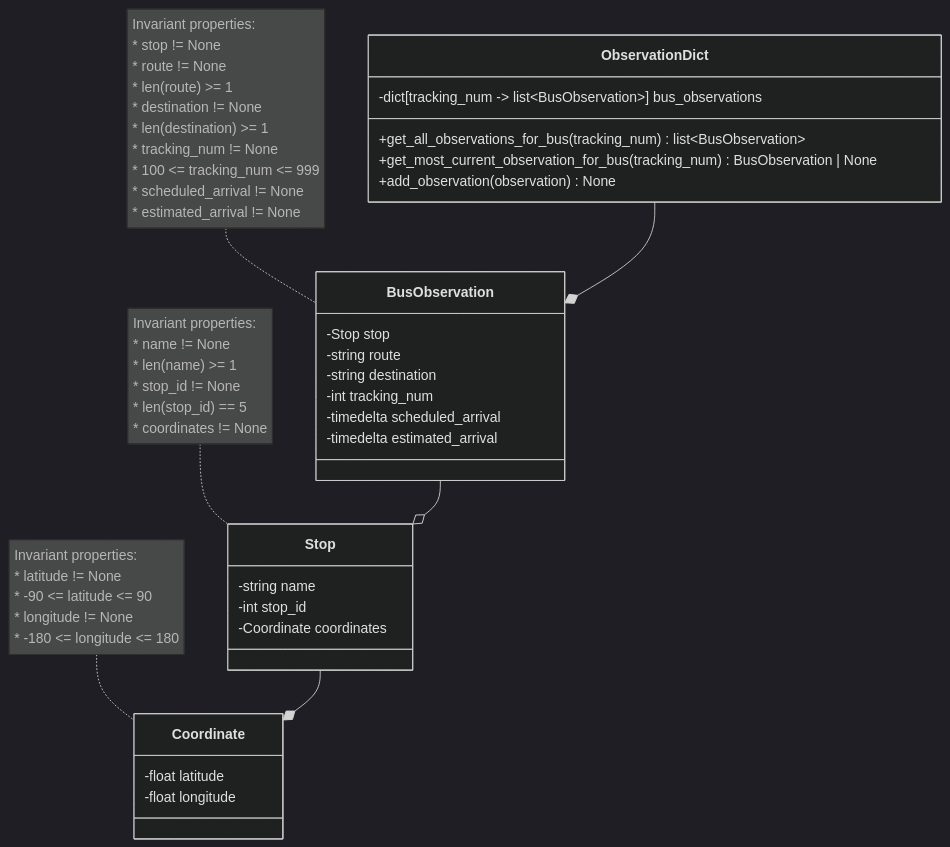
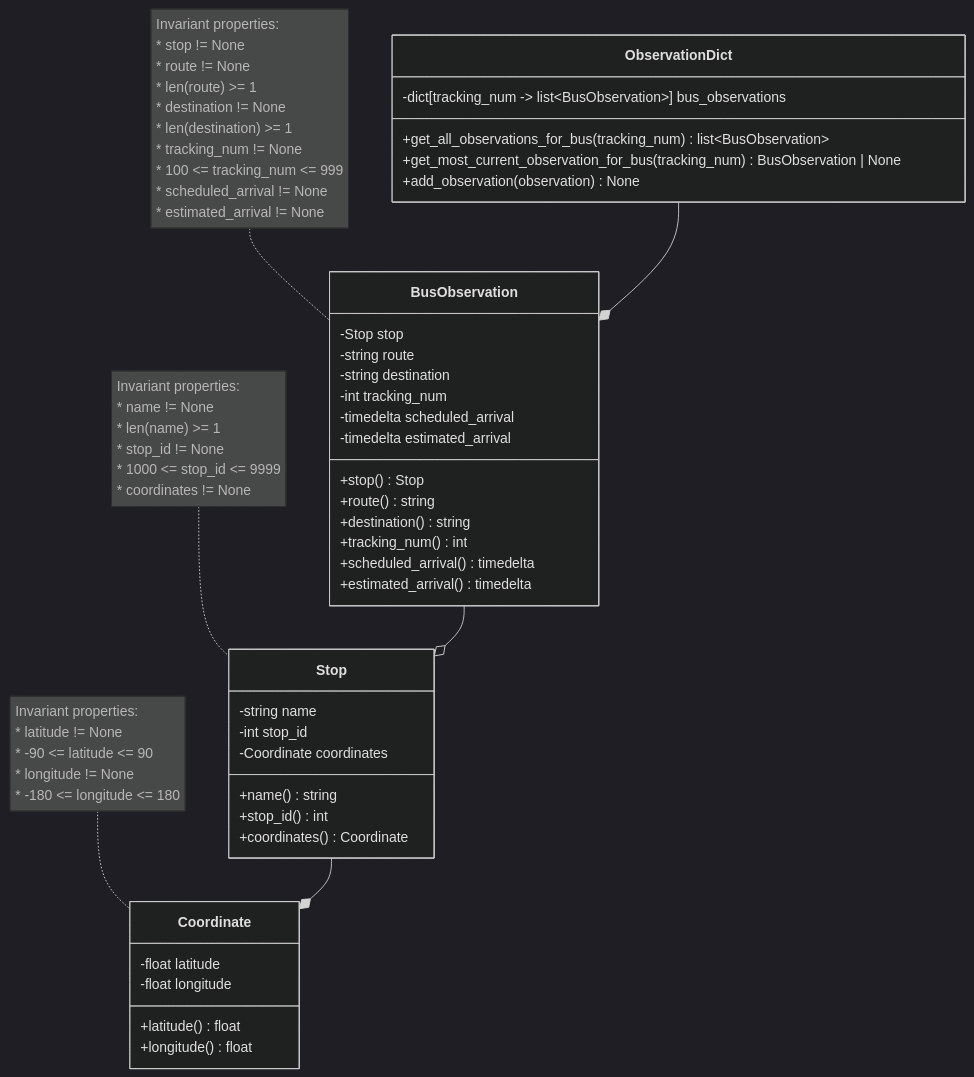
The diagram in src/utilities/live_tracker/domain.md (Michel-Prejet/zeb-tracker), drawn with Mermaid (dark theme) before and after one commit. The commit also changed 114 other files, not shown here.

````diff
--- a/src/utilities/live_tracker/domain.md
+++ b/src/utilities/live_tracker/domain.md
@@ -1,64 +1,78 @@
 ```mermaid
 classDiagram
     class ObservationDict {
         %% Observations sorted by estimated arrival time
         -dict[tracking_num -> list~BusObservation~] bus_observations
         
         +get_all_observations_for_bus(tracking_num) list~BusObservation~
         +get_most_current_observation_for_bus(tracking_num) BusObservation | None
         +add_observation(observation) None
     }
 
     ObservationDict --* BusObservation
     
     class BusObservation {
         -Stop stop
         -string route
         -string destination
         -int tracking_num
         -timedelta scheduled_arrival
         -timedelta estimated_arrival
+
+        +stop() Stop
+        +route() string
+        +destination() string
+        +tracking_num() int
+        +scheduled_arrival() timedelta
+        +estimated_arrival() timedelta
     }
     
     BusObservation --o Stop
     
     note for BusObservation"Invariant properties:
     * stop != None
     * route != None
     * len(route) >= 1
     * destination != None
     * len(destination) >= 1
     * tracking_num != None
     * 100 <= tracking_num <= 999
     * scheduled_arrival != None
     * estimated_arrival != None
     "
     
     class Stop {
         -string name
         -int stop_id
         -Coordinate coordinates
+        
+        +name() string
+        +stop_id() int
+        +coordinates() Coordinate
     }
     
     Stop --* Coordinate
 
     note for Stop"Invariant properties:
     * name != None
     * len(name) >= 1
     * stop_id != None
-    * len(stop_id) == 5
+    * 1000 <= stop_id <= 9999
     * coordinates != None
     "
     
     class Coordinate {
         -float latitude
         -float longitude
+        
+        +latitude() float
+        +longitude() float
     }
     
     note for Coordinate"Invariant properties:
     * latitude != None
     * -90 <= latitude <= 90
     * longitude != None
     * -180 <= longitude <= 180
     "
 ```
````
